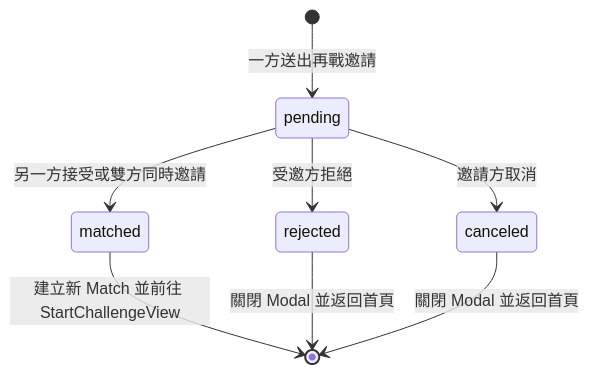
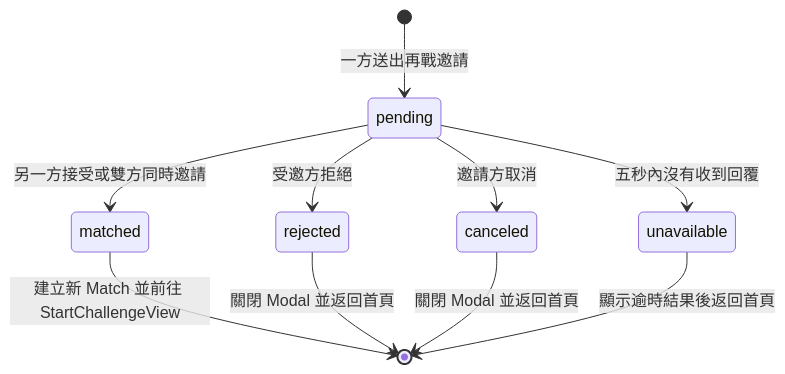
One commit to HsiaoChuanWang/lightning changed the ninth of 10 diagrams in GAME_FLOW.md. Above: the diagram before and after it, drawn with Mermaid. The commit also changed other lines of this file and 3 other files, not shown here.

Commit message:
docs: update project setup and game flow documentation

````diff
--- a/GAME_FLOW.md
+++ b/GAME_FLOW.md
@@ -251,10 +253,12 @@
 ```mermaid
 stateDiagram-v2
     [*] --> pending: 一方送出再戰邀請
     pending --> matched: 另一方接受或雙方同時邀請
     pending --> rejected: 受邀方拒絕
     pending --> canceled: 邀請方取消
+    pending --> unavailable: 五秒內沒有收到回覆
     matched --> [*]: 建立新 Match 並前往 StartChallengeView
     rejected --> [*]: 關閉 Modal 並返回首頁
     canceled --> [*]: 關閉 Modal 並返回首頁
+    unavailable --> [*]: 顯示逾時結果後返回首頁
 ```
````
